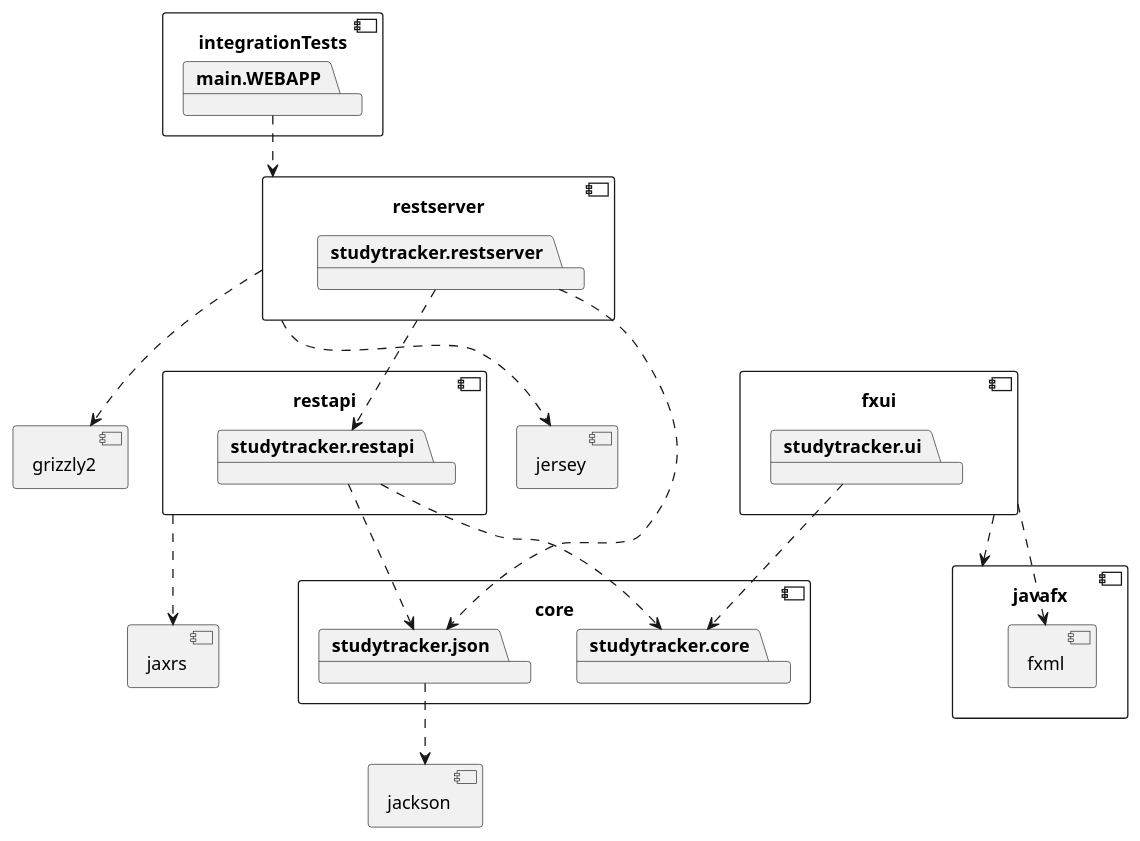
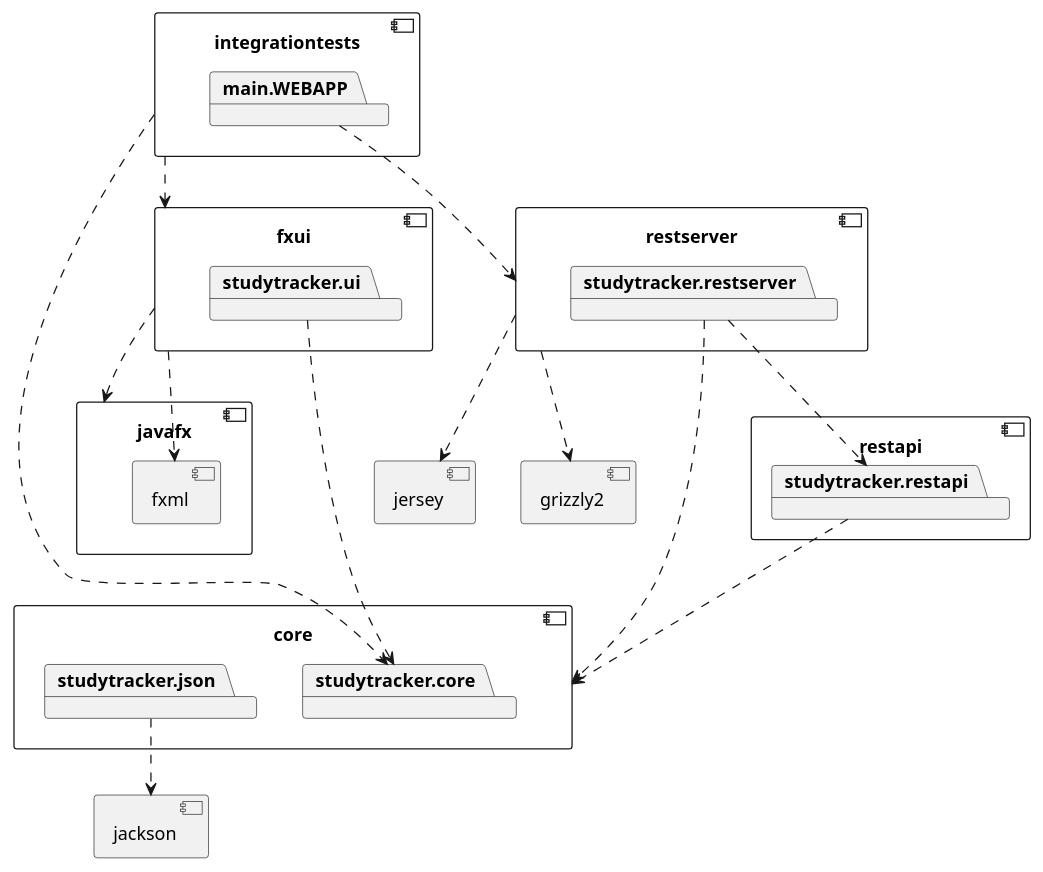
Before and after one commit to bmksimons/studytracker: the second of 2 diagrams in IT1901/README.md, drawn with PlantUML. The commit also changed other lines of this file, not shown here.

````diff
--- a/IT1901/README.md
+++ b/IT1901/README.md
@@ -139,65 +161,64 @@
 ```plantuml
 @startuml
 
 component restserver {
 }
 
 component core {
 	package studytracker.core
 	package studytracker.json
 }
 component jackson {
 }
 
 studytracker.json ..> jackson
 
 
 component fxui {
 	package studytracker.ui
 }
 
 component javafx {
 	component fxml {
 	}
 }
 
 fxui ..> javafx
 fxui ..> fxml
 
 studytracker.ui ..> studytracker.core
 
 component restapi {
 	package studytracker.restapi
 }
 
-component jaxrs {
-}
-
-restapi ..> jaxrs
-
-studytracker.restapi ..> studytracker.core
-studytracker.restapi ..> studytracker.json
+studytracker.restapi ..> core
 
 component restserver {
 	package studytracker.restserver
 }
-studytracker.restserver ..> studytracker.restapi
+
 
 component jersey {
 }
 
 component grizzly2 {
 }
 
+restserver ..> grizzly2
 restserver ..> jersey
-restserver ..> grizzly2
 
-component integrationTests {
+studytracker.restserver ..> studytracker.restapi
+
+
+component integrationtests {
     package main.WEBAPP
 }
 
 main.WEBAPP ..> restserver
-studytracker.restserver ..> studytracker.json
+integrationtests ..> studytracker.core
+integrationtests ..> fxui
+studytracker.restserver ..> core
 
 @enduml
 ```
````
